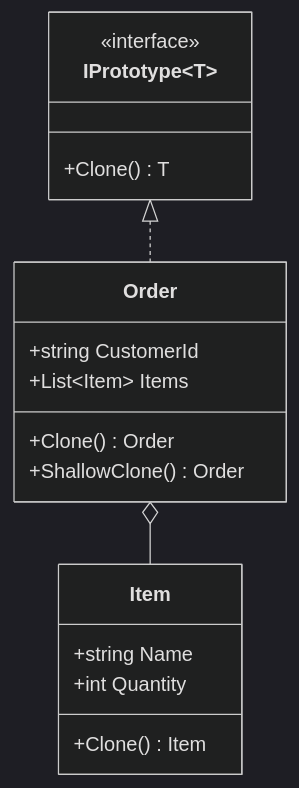
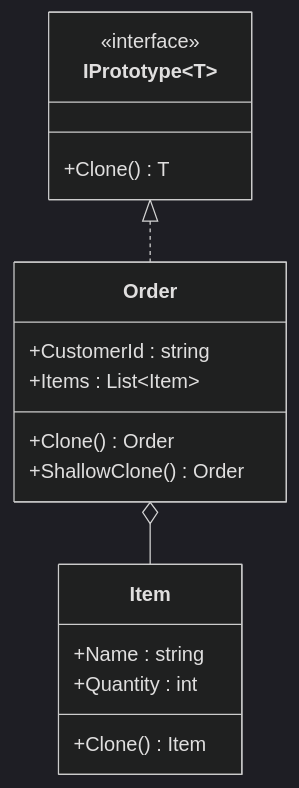
The first of 2 diagrams in 00-Foundations/04-Design-Patterns/Creational/Prototype/notes.md (tushardongre1990/LLD-Claude), drawn with Mermaid (dark theme) before and after one commit. The commit also changed 19 other files, not shown here.

First line of the commit message:
docs(00-Foundations): fix mermaid attribute ordering to name : type

````diff
--- a/00-Foundations/04-Design-Patterns/Creational/Prototype/notes.md
+++ b/00-Foundations/04-Design-Patterns/Creational/Prototype/notes.md
@@ -11,20 +11,20 @@
 ```mermaid
 classDiagram
     class IPrototype~T~ {
         <<interface>>
         +Clone() T
     }
     class Order {
-        +string CustomerId
-        +List~Item~ Items
+        +CustomerId : string
+        +Items : List~Item~
         +Clone() Order
         +ShallowClone() Order
     }
     class Item {
-        +string Name
-        +int Quantity
+        +Name : string
+        +Quantity : int
         +Clone() Item
     }
     IPrototype~T~ <|.. Order
     Order o-- Item
 ```
````
